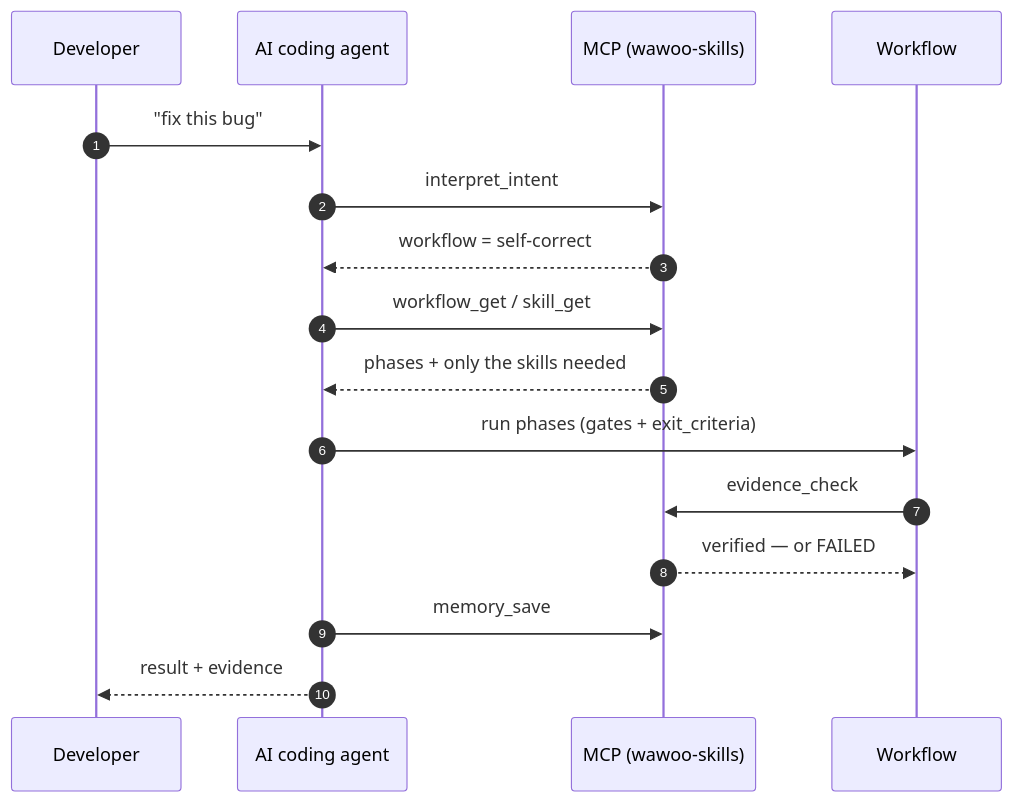
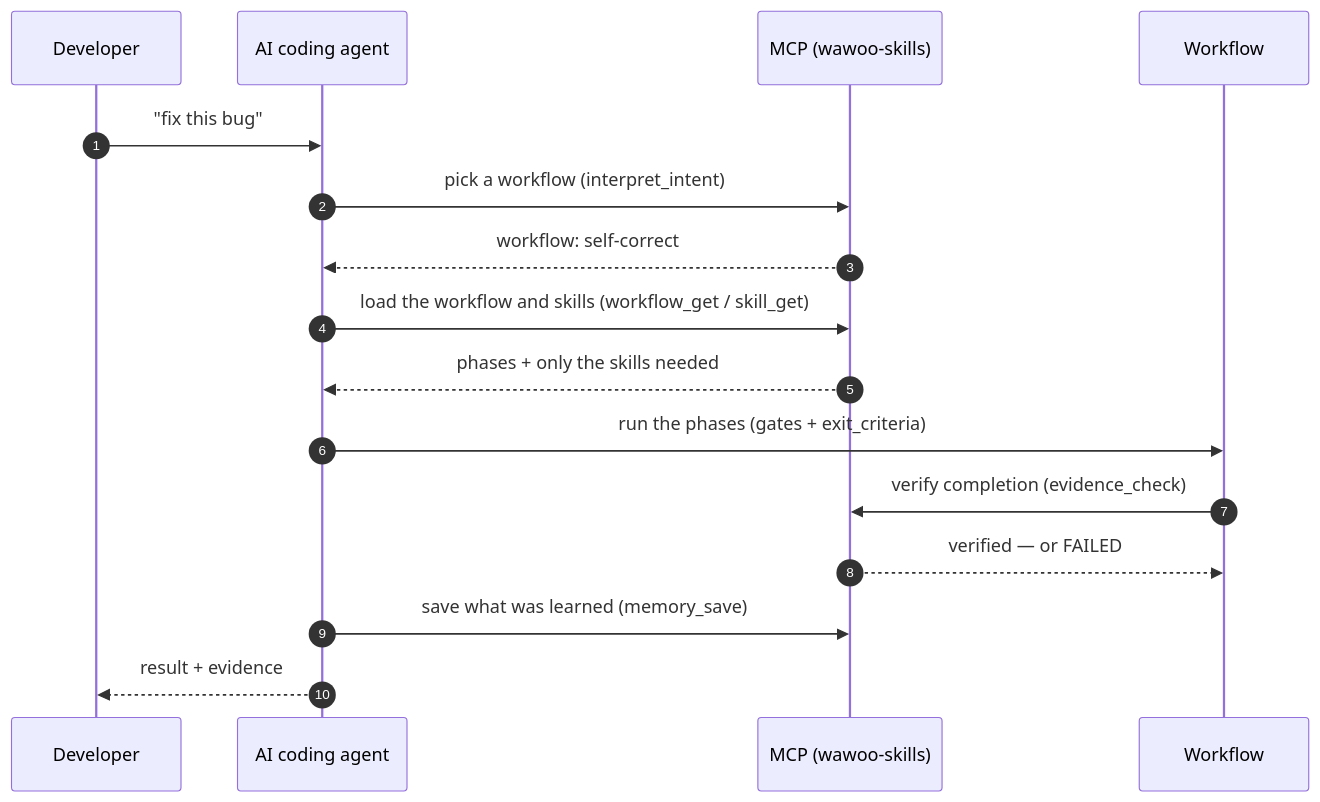
Before and after one commit to parkwoo/wawoo-agent-skills: the diagram in README.md, drawn with Mermaid. The commit also changed 3 other files, not shown here.

Commit message:
docs: make the sequence-diagram steps readable (plain action + technical term in parens)

````diff
--- a/README.md
+++ b/README.md
@@ -80,18 +80,18 @@
 ```mermaid
 sequenceDiagram
     autonumber
     participant U as Developer
     participant A as AI coding agent
     participant M as MCP (wawoo-skills)
     participant W as Workflow
     U->>A: "fix this bug"
-    A->>M: interpret_intent
-    M-->>A: workflow = self-correct
-    A->>M: workflow_get / skill_get
+    A->>M: pick a workflow (interpret_intent)
+    M-->>A: workflow: self-correct
+    A->>M: load the workflow and skills (workflow_get / skill_get)
     M-->>A: phases + only the skills needed
-    A->>W: run phases (gates + exit_criteria)
-    W->>M: evidence_check
+    A->>W: run the phases (gates + exit_criteria)
+    W->>M: verify completion (evidence_check)
     M-->>W: verified — or FAILED
-    A->>M: memory_save
+    A->>M: save what was learned (memory_save)
     A-->>U: result + evidence
 ```
````
